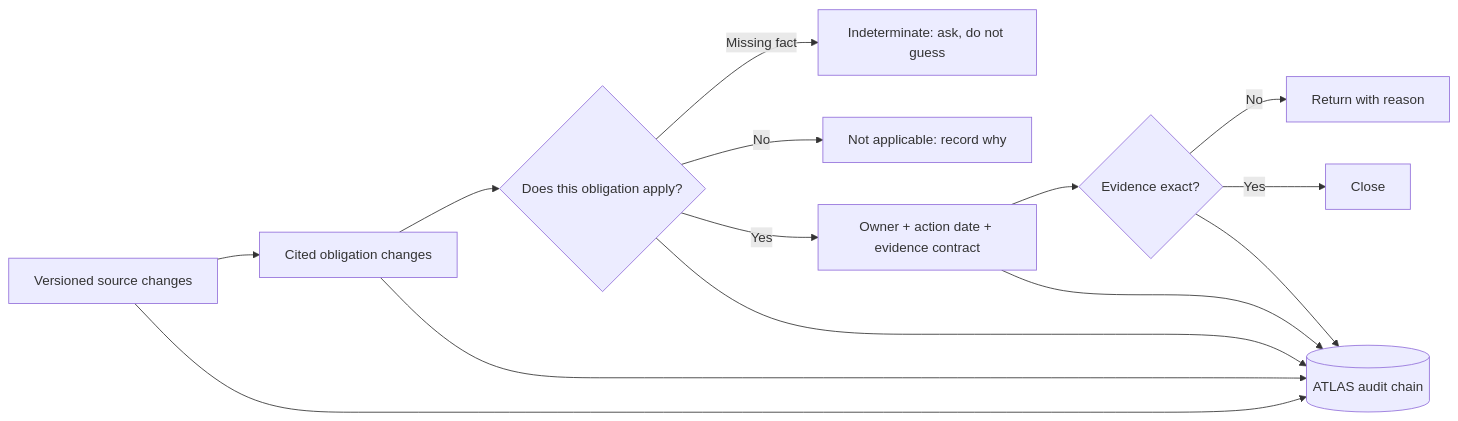
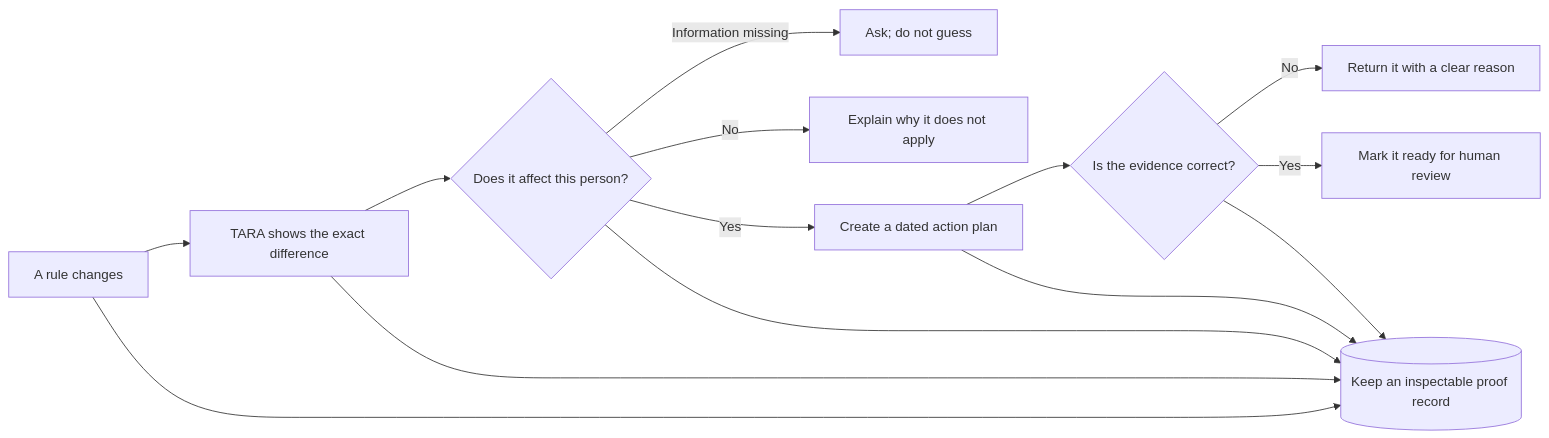
The diagram in README.md (hbapuram/TARA-Regulatory-Change-Agent), drawn with Mermaid before and after one commit. The commit also changed other lines of this file and 17 other files, not shown here.

````diff
--- a/README.md
+++ b/README.md
@@ -7,12 +7,12 @@
 ```mermaid
 flowchart LR
-    A[Versioned source changes] --> B[Cited obligation changes]
-    B --> C{Does this obligation apply?}
-    C -->|Missing fact| D[Indeterminate: ask, do not guess]
-    C -->|No| E[Not applicable: record why]
-    C -->|Yes| F[Owner + action date + evidence contract]
-    F --> G{Evidence exact?}
-    G -->|No| H[Return with reason]
-    G -->|Yes| I[Close]
-    A & B & C & F & G --> J[(ATLAS audit chain)]
+    A[A rule changes] --> B[TARA shows the exact difference]
+    B --> C{Does it affect this person?}
+    C -->|Information missing| D[Ask; do not guess]
+    C -->|No| E[Explain why it does not apply]
+    C -->|Yes| F[Create a dated action plan]
+    F --> G{Is the evidence correct?}
+    G -->|No| H[Return it with a clear reason]
+    G -->|Yes| I[Mark it ready for human review]
+    A & B & C & F & G --> J[(Keep an inspectable proof record)]
 ```
````
